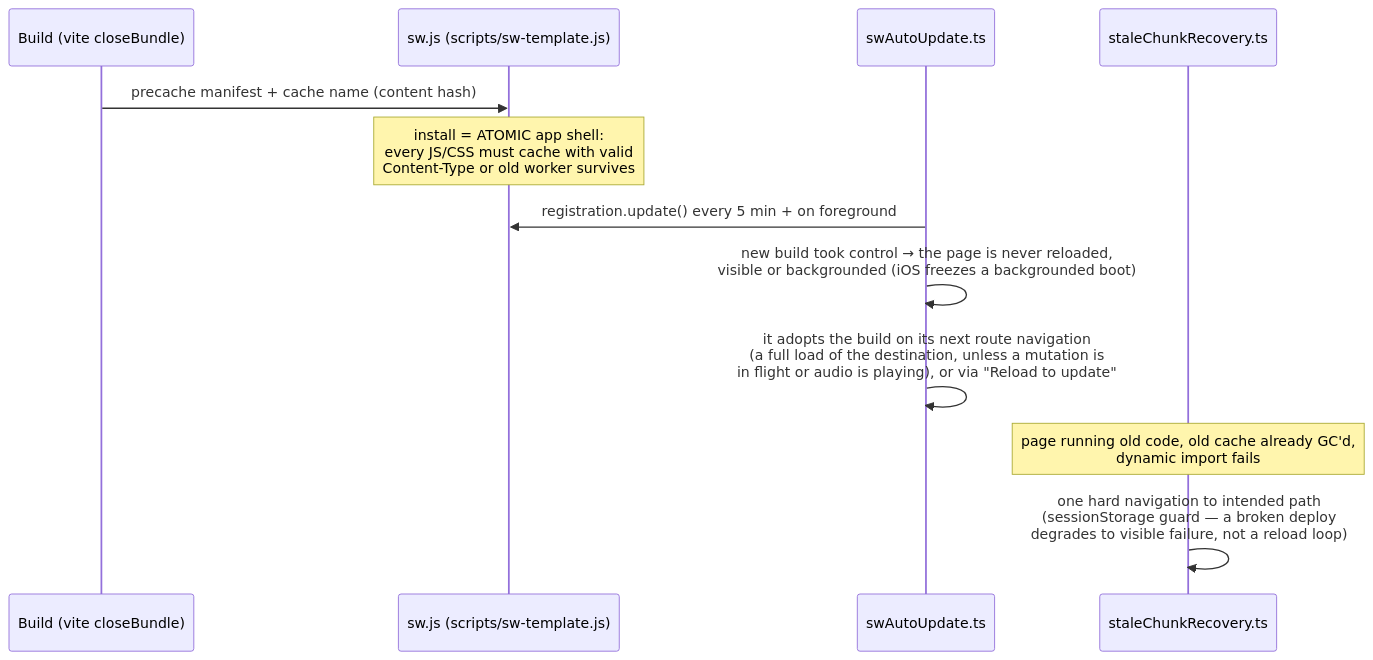
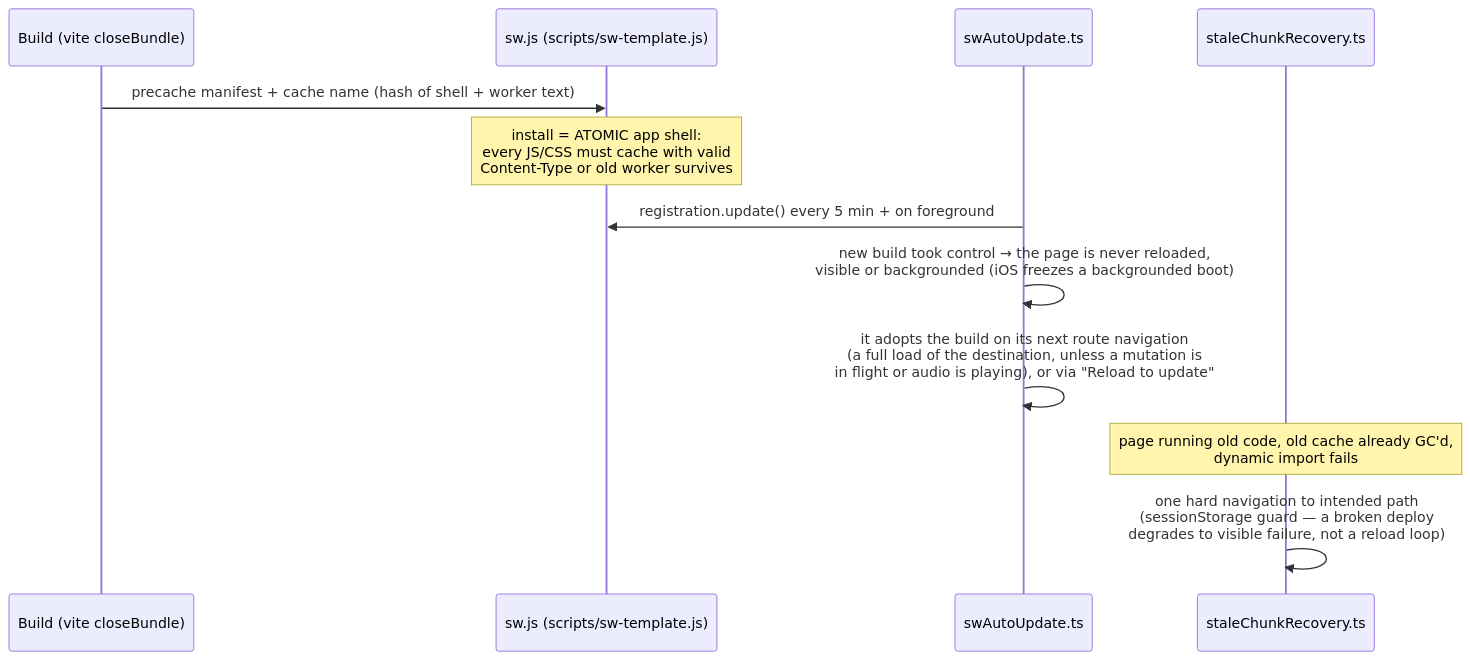
One commit to irongollem/grimoire changed the fourth of 4 diagrams in context/architecture/internal.md. Above: the diagram before and after it, drawn with Mermaid. The commit also changed other lines of this file and 8 other files, not shown here.

````diff
--- a/context/architecture/internal.md
+++ b/context/architecture/internal.md
@@ -168,15 +168,15 @@
 ```mermaid
 sequenceDiagram
     participant B as Build (vite closeBundle)
     participant SW as sw.js (scripts/sw-template.js)
     participant A as swAutoUpdate.ts
     participant R as staleChunkRecovery.ts
 
-    B->>SW: precache manifest + cache name (content hash)
+    B->>SW: precache manifest + cache name (hash of shell + worker text)
     Note over SW: install = ATOMIC app shell:<br/>every JS/CSS must cache with valid<br/>Content-Type or old worker survives
     A->>SW: registration.update() every 5 min + on foreground
     A->>A: new build took control → the page is never reloaded,<br/>visible or backgrounded (iOS freezes a backgrounded boot)
     A->>A: it adopts the build on its next route navigation<br/>(a full load of the destination, unless a mutation is<br/>in flight or audio is playing), or via "Reload to update"
     Note over R: page running old code, old cache already GC'd,<br/>dynamic import fails
     R->>R: one hard navigation to intended path<br/>(sessionStorage guard — a broken deploy<br/>degrades to visible failure, not a reload loop)
 ```
````
